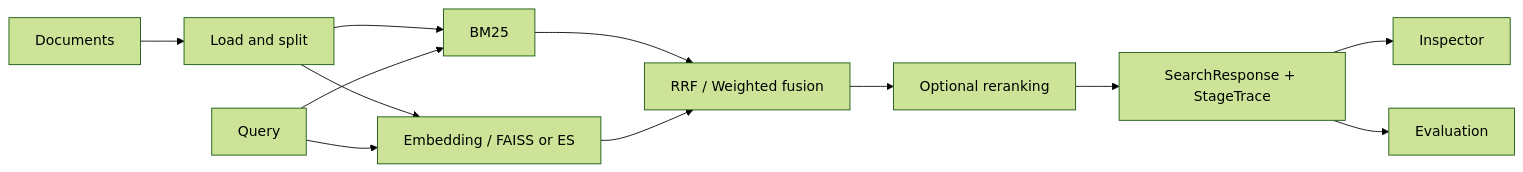
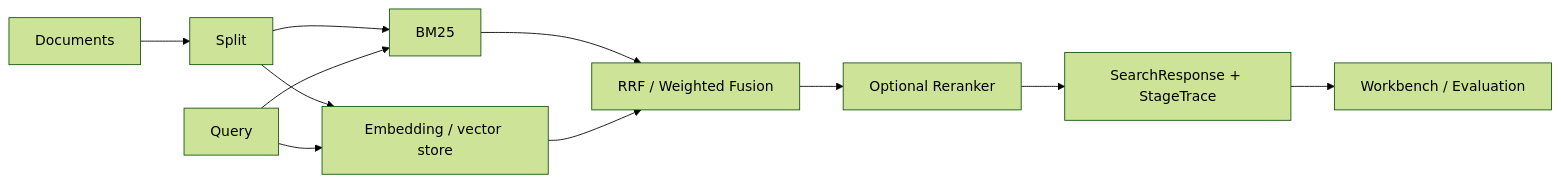
Before and after one commit to ericqin-ai/rag-toolkit: the diagram in README.md, drawn with Mermaid (forest theme). The commit also changed other lines of this file and 73 other files, not shown here.

````diff
--- a/README.md
+++ b/README.md
@@ -14,14 +165,13 @@
 ```mermaid
 flowchart LR
-    D[Documents] --> L[Load and split]
-    L --> B[BM25]
-    L --> V[Embedding / FAISS or ES]
+    D[Documents] --> S[Split]
+    S --> B[BM25]
+    S --> E[Embedding / vector store]
     Q[Query] --> B
-    Q --> V
-    B --> F[RRF / Weighted fusion]
-    V --> F
-    F --> R[Optional reranking]
-    R --> S[SearchResponse + StageTrace]
-    S --> I[Inspector]
-    S --> E[Evaluation]
+    Q --> E
+    B --> F[RRF / Weighted Fusion]
+    E --> F
+    F --> R[Optional Reranker]
+    R --> T[SearchResponse + StageTrace]
+    T --> W[Workbench / Evaluation]
 ```
````
